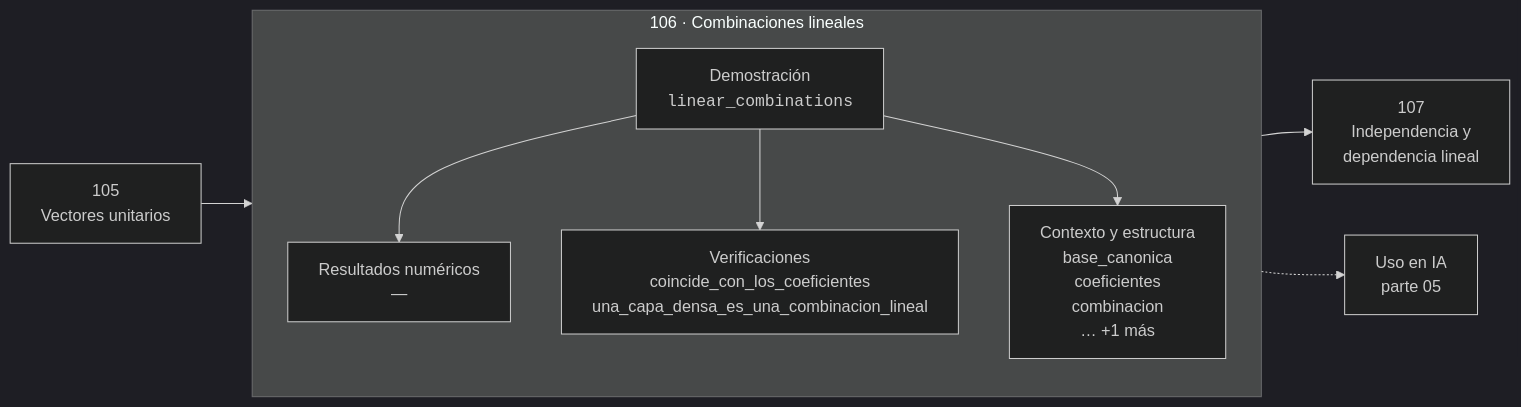
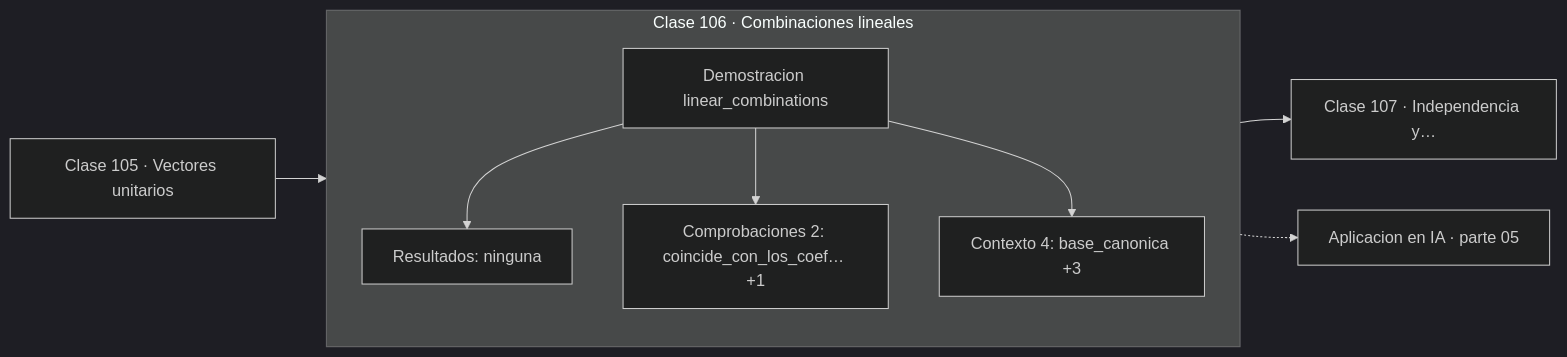
Before and after one commit to vladimiracunadev-create/computational-mathematics-program: the diagram in classes/part-05-algebra-lineal-i-vectores-y-matrices/106-combinaciones-lineales/README.md, drawn with Mermaid (dark theme). The commit also changed 389 other files, not shown here.

First line of the commit message:
fix(diagramas): elimina el HTML de las etiquetas Mermaid

````diff
--- a/classes/part-05-algebra-lineal-i-vectores-y-matrices/106-combinaciones-lineales/README.md
+++ b/classes/part-05-algebra-lineal-i-vectores-y-matrices/106-combinaciones-lineales/README.md
@@ -30,12 +30,13 @@
 ```mermaid
 flowchart LR
-    P["105<br/>Vectores unitarios"] --> C
-    subgraph C["106 · Combinaciones lineales"]
+    P["Clase 105 · Vectores unitarios"] --> D
+    subgraph CLASE["Clase 106 · Combinaciones lineales"]
         direction TB
-        D["Demostración<br/><code>linear_combinations</code>"] --> R["Resultados numéricos<br/>—"]
-        D --> V["Verificaciones<br/>coincide_con_los_coeficientes<br/>una_capa_densa_es_una_combinacion_lineal"]
-        D --> O["Contexto y estructura<br/>base_canonica<br/>coeficientes<br/>combinacion<br/>… +1 más"]
+        D["Demostracion linear_combinations"]
+        D --> R["Resultados: ninguna"]
+        D --> V["Comprobaciones 2: coincide_con_los_coef… +1"]
+        D --> O["Contexto 4: base_canonica +3"]
     end
-    C --> N["107<br/>Independencia y<br/>dependencia lineal"]
-    C -.-> IA["Uso en IA<br/>parte 05"]
+    R --> N["Clase 107 · Independencia y…"]
+    V -.-> IA["Aplicacion en IA · parte 05"]
 ```
````
